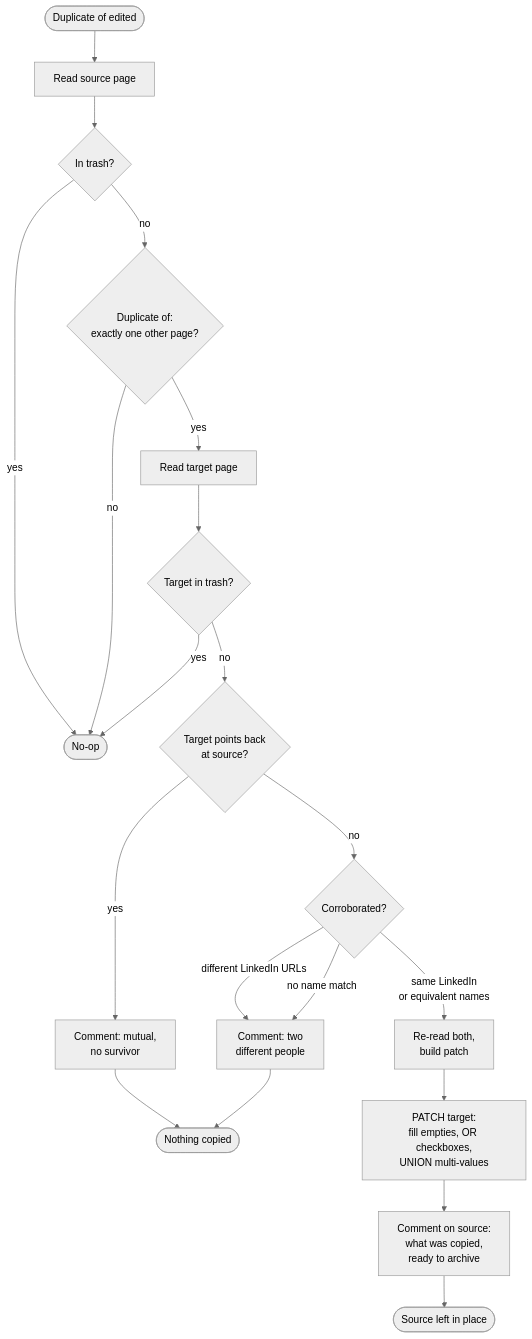
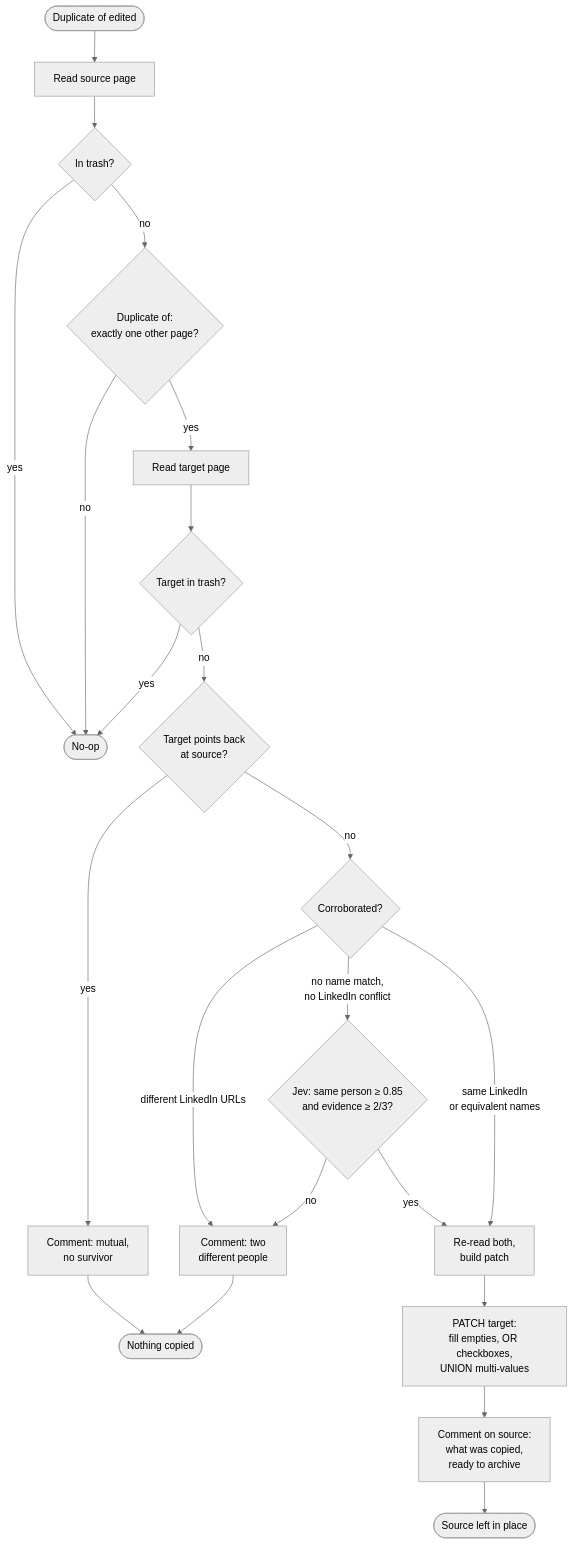
One commit to work-flowers/zapier-sdk changed the diagram in merge-duplicate-contacts/README.md. Above: the diagram before and after it, drawn with Mermaid (neutral theme). The commit also changed other lines of this file and 6 other files, not shown here.

First line of the commit message:
merge-duplicate-contacts: ask Jev when the name rule declines

````diff
--- a/merge-duplicate-contacts/README.md
+++ b/merge-duplicate-contacts/README.md
@@ -48,20 +48,22 @@
 ```mermaid
 flowchart TD
     A(["Duplicate of edited"]) --> B["Read source page"]
     B --> C{"In trash?"}
     C -- yes --> Z(["No-op"])
     C -- no --> D{"Duplicate of:<br/>exactly one other page?"}
     D -- no --> Z
     D -- yes --> E["Read target page"]
     E --> F{"Target in trash?"}
     F -- yes --> Z
     F -- no --> G{"Target points back<br/>at source?"}
     G -- yes --> H["Comment: mutual,<br/>no survivor"] --> Y(["Nothing copied"])
     G -- no --> I{"Corroborated?"}
     I -- "different LinkedIn URLs" --> J["Comment: two<br/>different people"] --> Y
-    I -- "no name match" --> J
+    I -- "no name match,<br/>no LinkedIn conflict" --> Q{"Jev: same person ≥ 0.85<br/>and evidence ≥ 2/3?"}
+    Q -- no --> J
+    Q -- yes --> K
     I -- "same LinkedIn<br/>or equivalent names" --> K["Re-read both,<br/>build patch"]
     K --> L["PATCH target:<br/>fill empties, OR checkboxes,<br/>UNION multi-values"]
     L --> M["Comment on source:<br/>what was copied,<br/>ready to archive"]
     M --> N(["Source left in place"])
 ```
````
